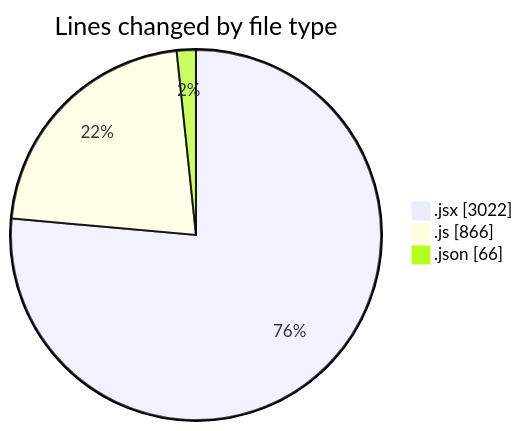
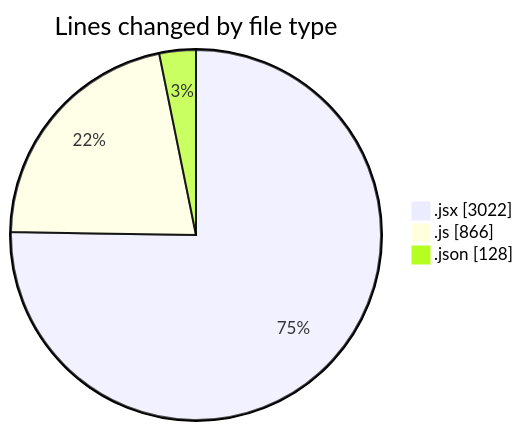
One commit to nxtqubesakshisongat/code-tracking changed the first of 2 diagrams in 2025-08-06/nxtqube_webapp/README.md. Above: the diagram before and after it, drawn with Mermaid. The commit also changed other lines of this file and 1 other file, not shown here.

````diff
--- a/2025-08-06/nxtqube_webapp/README.md
+++ b/2025-08-06/nxtqube_webapp/README.md
@@ -28,7 +29,7 @@
 ```mermaid
 pie showData
 title Lines changed by file type
 ".jsx" : 3022
 ".js" : 866
-".json" : 66
+".json" : 128
 ```
````
